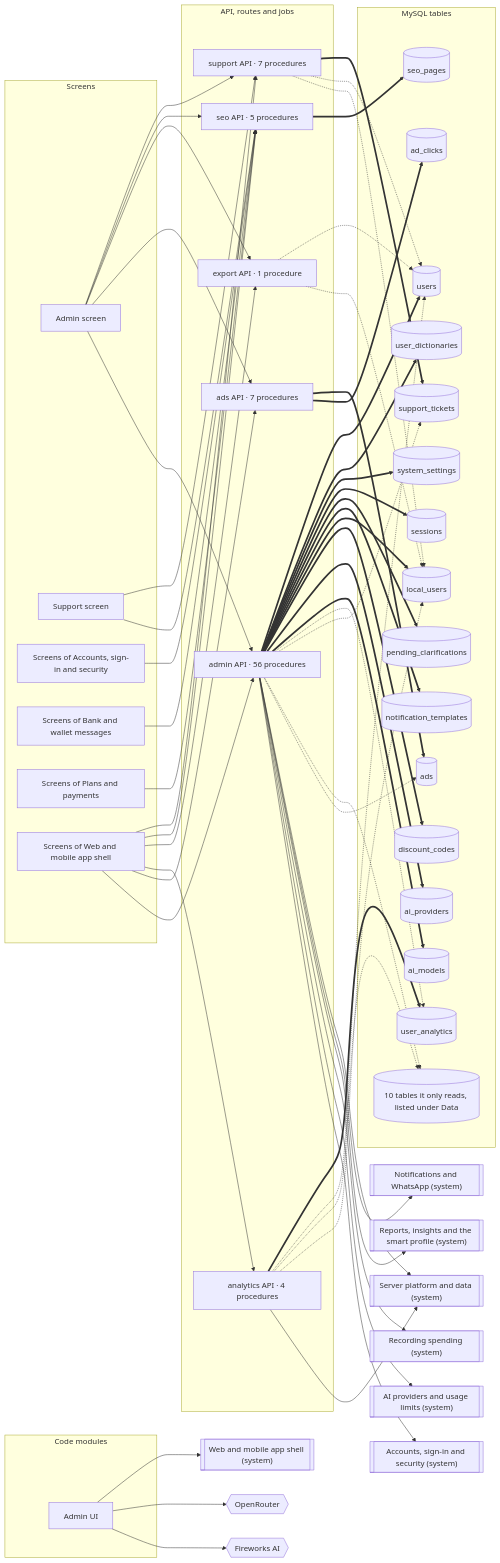
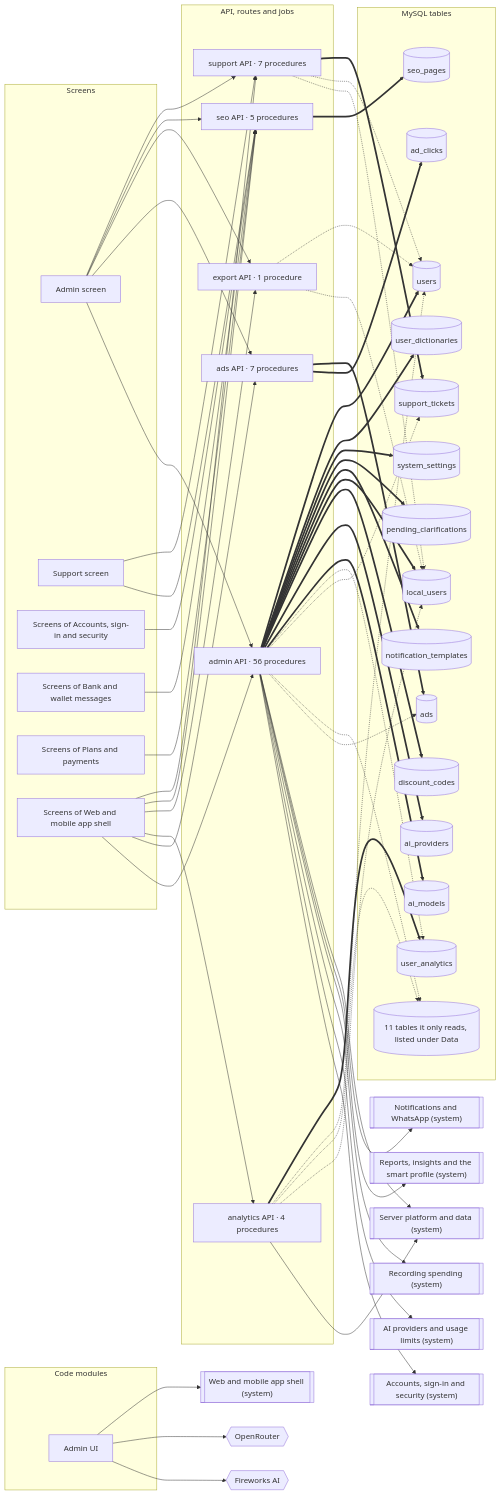
One commit to mahmoudtaherr111/smartspend_mini_all changed the diagram in docs/atlas/systems/admin.md. Above: the diagram before and after it, drawn with Mermaid. The commit also changed other lines of this file and 38 other files, not shown here.

```diff
--- a/docs/atlas/systems/admin.md
+++ b/docs/atlas/systems/admin.md
@@ -38,11 +38,10 @@
     tbl_ai_providers[("ai_providers")]
     tbl_discount_codes[("discount_codes")]
     tbl_local_users[("local_users")]
-    tbl_more[("10 tables it only reads, listed under Data")]
+    tbl_more[("11 tables it only reads, listed under Data")]
     tbl_notification_templates[("notification_templates")]
     tbl_pending_clarifications[("pending_clarifications")]
     tbl_seo_pages[("seo_pages")]
-    tbl_sessions[("sessions")]
     tbl_support_tickets[("support_tickets")]
     tbl_system_settings[("system_settings")]
     tbl_user_analytics[("user_analytics")]
@@ -84,7 +83,6 @@
   router_admin ==> tbl_local_users
   router_admin ==> tbl_notification_templates
   router_admin ==> tbl_pending_clarifications
-  router_admin ==> tbl_sessions
   router_admin ==> tbl_system_settings
   router_admin ==> tbl_user_dictionaries
   router_admin ==> tbl_users
```
